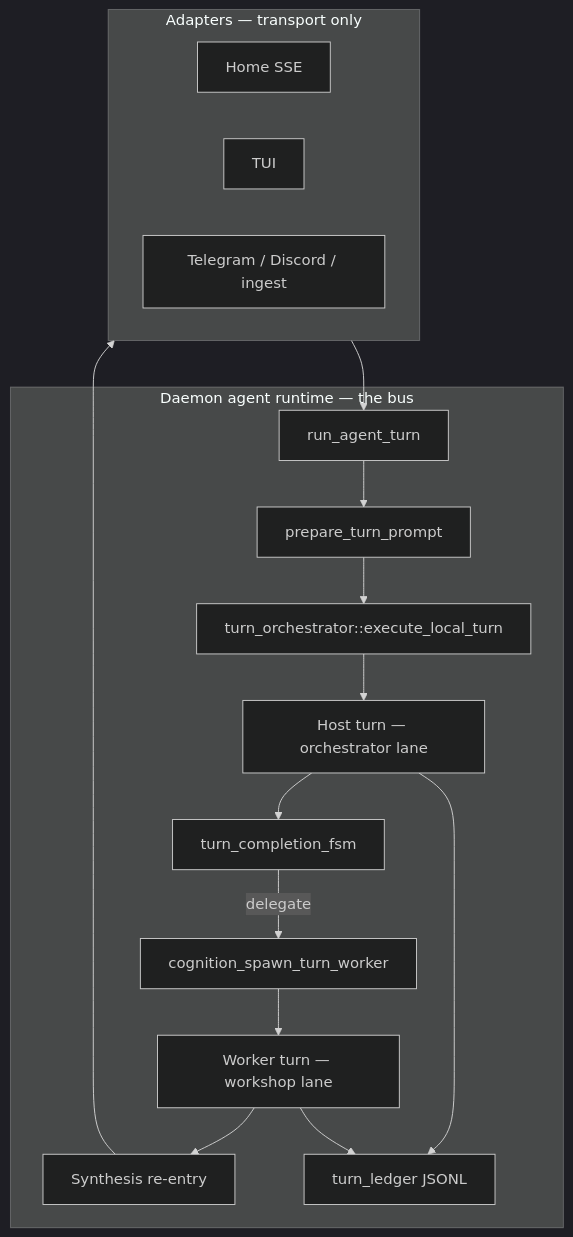
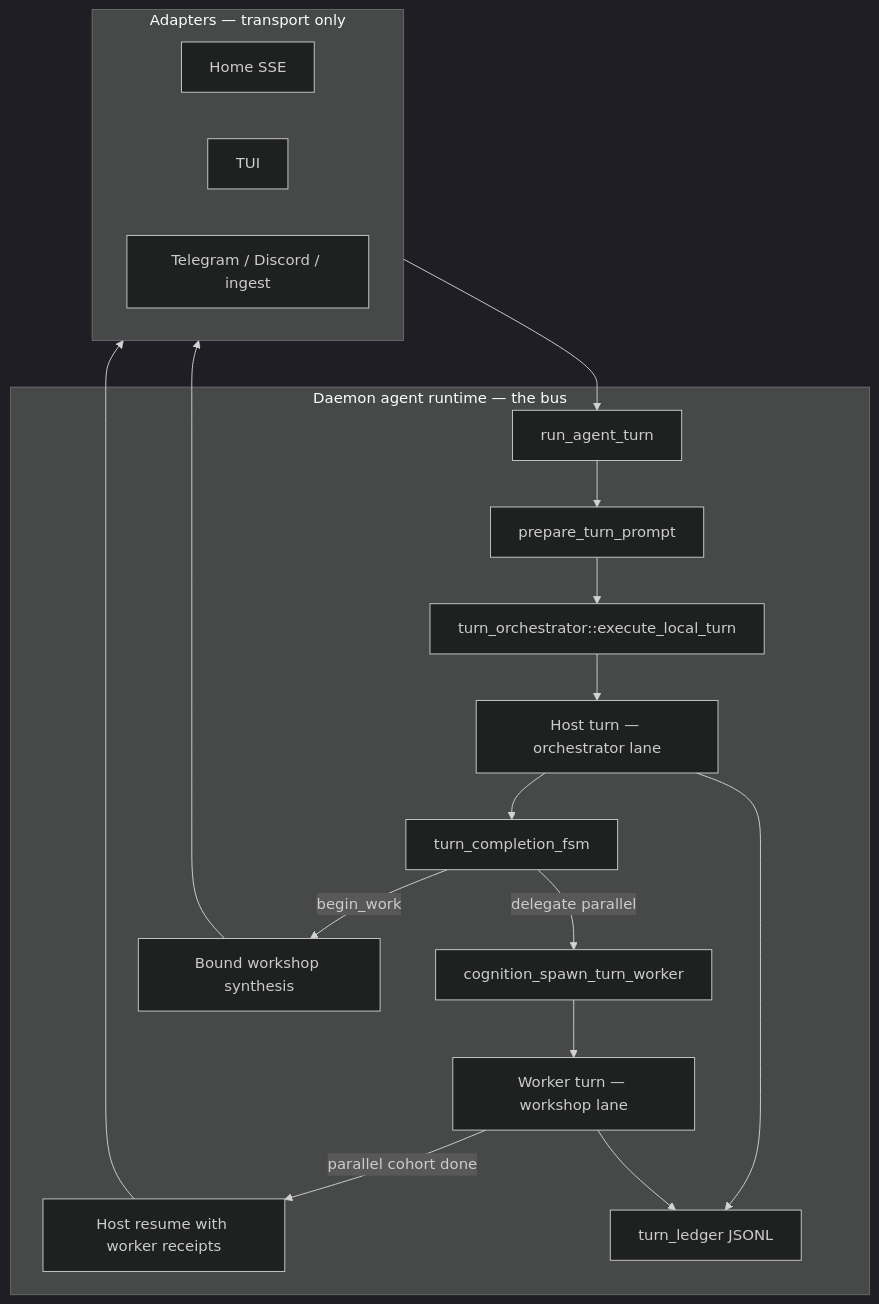
One commit to EntasisLabs/Medousa changed the first of 2 diagrams in architecture/turn-runtime-and-lanes.md. Above: the diagram before and after it, drawn with Mermaid (dark theme). The commit also changed other lines of this file and 18 other files, not shown here.

First line of the commit message:
Hold principal first-prose and resume the host after parallel workers.

````diff
--- a/architecture/turn-runtime-and-lanes.md
+++ b/architecture/turn-runtime-and-lanes.md
@@ -29,30 +29,33 @@
 ```mermaid
 flowchart TB
     subgraph adapters [Adapters — transport only]
         HOME[Home SSE]
         TUI[TUI]
         CH[Telegram / Discord / ingest]
     end
 
     subgraph daemon [Daemon agent runtime — the bus]
         RT[run_agent_turn]
         ORCH[turn_orchestrator::execute_local_turn]
         PREP[prepare_turn_prompt]
         FSM[turn_completion_fsm]
         HOST[Host turn — orchestrator lane]
         SPAWN[cognition_spawn_turn_worker]
         WORKER[Worker turn — workshop lane]
-        SYN[Synthesis re-entry]
+        RESUME[Host resume with worker receipts]
+        BOUND[Bound workshop synthesis]
         LEDGER[turn_ledger JSONL]
     end
 
     adapters --> RT
     RT --> PREP --> ORCH
     ORCH --> HOST --> FSM
-    FSM -->|delegate| SPAWN
+    FSM -->|delegate parallel| SPAWN
     SPAWN --> WORKER
-    WORKER --> SYN
-    SYN --> adapters
+    WORKER -->|parallel cohort done| RESUME
+    RESUME --> adapters
+    FSM -->|begin_work| BOUND
+    BOUND --> adapters
     HOST --> LEDGER
     WORKER --> LEDGER
 ```
````
